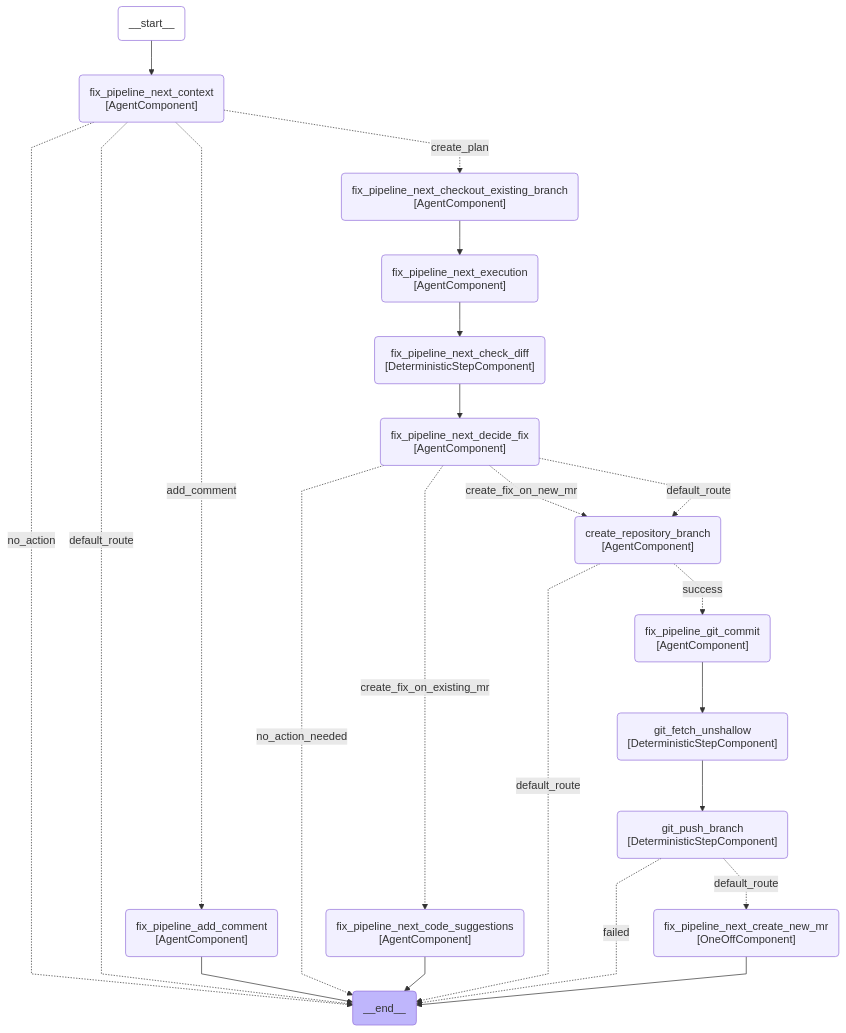
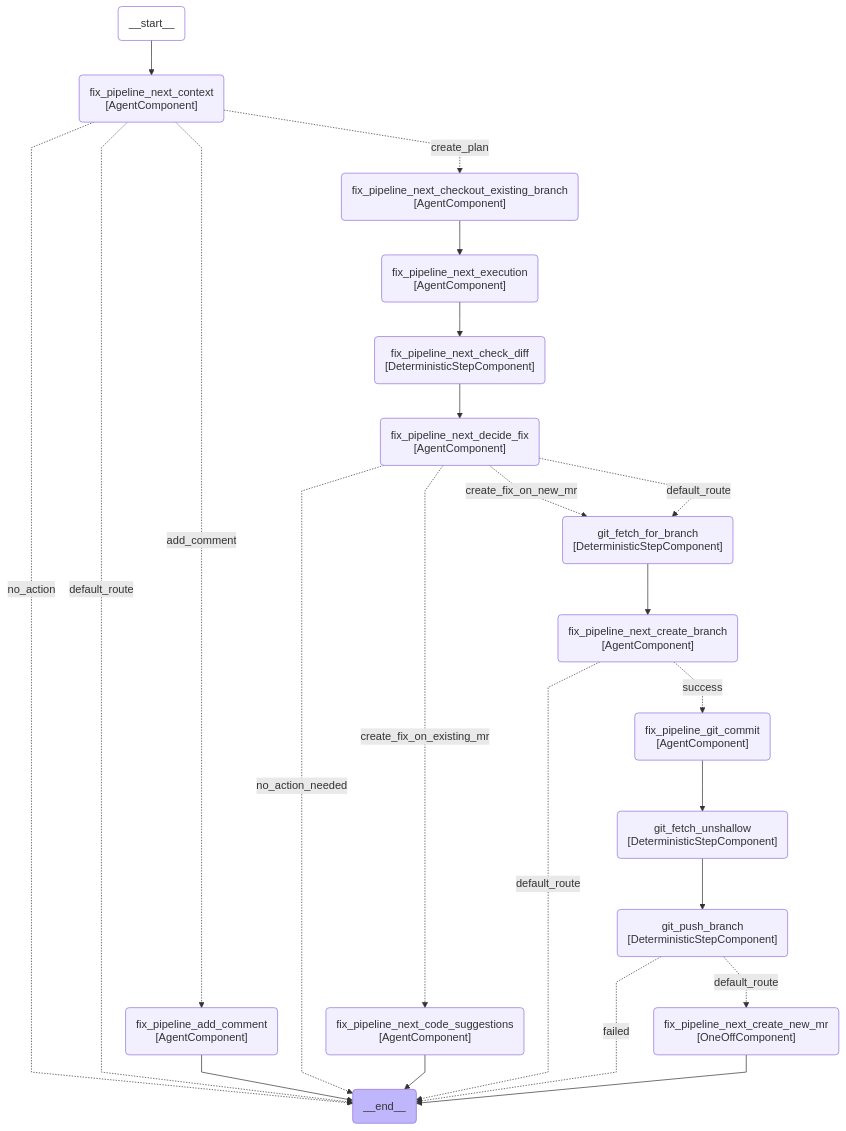
Before and after one commit to movax01h/ai-gateway: diagram 17 of 24 in docs/duo_workflow_service_graphs.md, drawn with Mermaid. The commit also changed 4 other files, not shown here.

Commit message:
fix(fix-pipeline-next): Replace branch creation fetch with DeterministicStep

````diff
--- a/docs/duo_workflow_service_graphs.md
+++ b/docs/duo_workflow_service_graphs.md
@@ -483,46 +483,48 @@
 ```mermaid
 ---
 config:
     flowchart:
         curve: linear
 ---
 graph TD;
     __start__(__start__):::first;
     __end__(__end__):::last;
     __start__ --> fix_pipeline_next_context;
     fix_pipeline_next_context(fix_pipeline_next_context<br>#91;AgentComponent#93;);
     fix_pipeline_next_decide_fix(fix_pipeline_next_decide_fix<br>#91;AgentComponent#93;);
     fix_pipeline_next_code_suggestions(fix_pipeline_next_code_suggestions<br>#91;AgentComponent#93;);
     fix_pipeline_add_comment(fix_pipeline_add_comment<br>#91;AgentComponent#93;);
-    create_repository_branch(create_repository_branch<br>#91;AgentComponent#93;);
+    git_fetch_for_branch(git_fetch_for_branch<br>#91;DeterministicStepComponent#93;);
+    fix_pipeline_next_create_branch(fix_pipeline_next_create_branch<br>#91;AgentComponent#93;);
     fix_pipeline_next_checkout_existing_branch(fix_pipeline_next_checkout_existing_branch<br>#91;AgentComponent#93;);
     fix_pipeline_next_check_diff(fix_pipeline_next_check_diff<br>#91;DeterministicStepComponent#93;);
     fix_pipeline_next_execution(fix_pipeline_next_execution<br>#91;AgentComponent#93;);
     fix_pipeline_git_commit(fix_pipeline_git_commit<br>#91;AgentComponent#93;);
     git_fetch_unshallow(git_fetch_unshallow<br>#91;DeterministicStepComponent#93;);
     git_push_branch(git_push_branch<br>#91;DeterministicStepComponent#93;);
     fix_pipeline_next_create_new_mr(fix_pipeline_next_create_new_mr<br>#91;OneOffComponent#93;);
     fix_pipeline_next_context -.->|add_comment| fix_pipeline_add_comment;
     fix_pipeline_next_context -.->|create_plan| fix_pipeline_next_checkout_existing_branch;
     fix_pipeline_next_context -.->|no_action| __end__;
     fix_pipeline_next_context -.->|default_route| __end__;
     fix_pipeline_next_checkout_existing_branch --> fix_pipeline_next_execution;
     fix_pipeline_add_comment --> __end__;
     fix_pipeline_next_execution --> fix_pipeline_next_check_diff;
     fix_pipeline_next_check_diff --> fix_pipeline_next_decide_fix;
     fix_pipeline_next_decide_fix -.->|create_fix_on_existing_mr| fix_pipeline_next_code_suggestions;
-    fix_pipeline_next_decide_fix -.->|create_fix_on_new_mr| create_repository_branch;
+    fix_pipeline_next_decide_fix -.->|create_fix_on_new_mr| git_fetch_for_branch;
     fix_pipeline_next_decide_fix -.->|no_action_needed| __end__;
-    fix_pipeline_next_decide_fix -.->|default_route| create_repository_branch;
+    fix_pipeline_next_decide_fix -.->|default_route| git_fetch_for_branch;
     fix_pipeline_next_code_suggestions --> __end__;
-    create_repository_branch -.->|success| fix_pipeline_git_commit;
-    create_repository_branch -.->|default_route| __end__;
+    git_fetch_for_branch --> fix_pipeline_next_create_branch;
+    fix_pipeline_next_create_branch -.->|success| fix_pipeline_git_commit;
+    fix_pipeline_next_create_branch -.->|default_route| __end__;
     fix_pipeline_git_commit --> git_fetch_unshallow;
     git_fetch_unshallow --> git_push_branch;
     git_push_branch -.->|failed| __end__;
     git_push_branch -.->|default_route| fix_pipeline_next_create_new_mr;
     fix_pipeline_next_create_new_mr --> __end__;
     classDef default fill:#f2f0ff,line-height:1.2;
     classDef first fill-opacity:0;
     classDef last fill:#bfb6fc;
 ```
````
